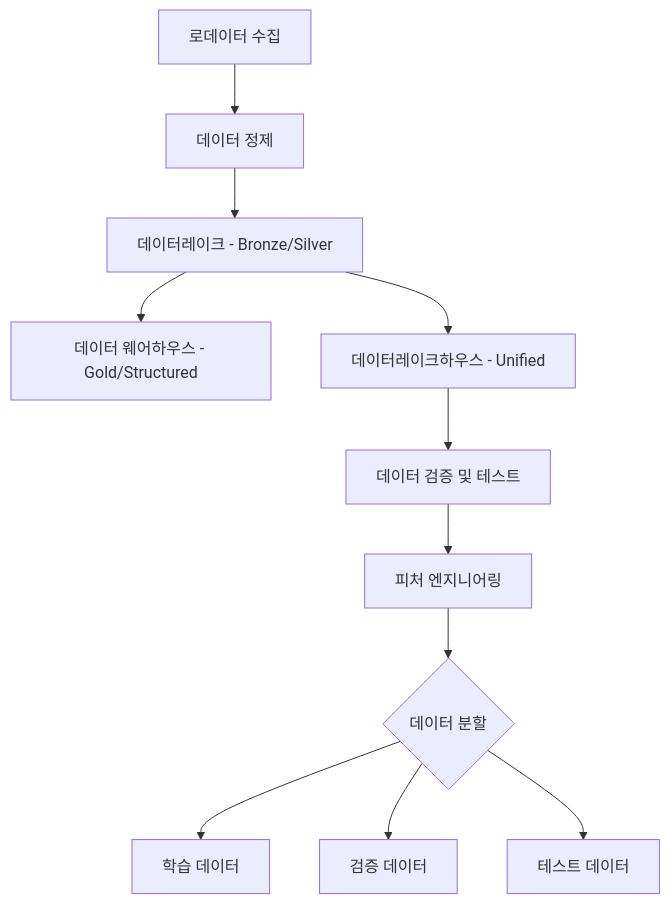
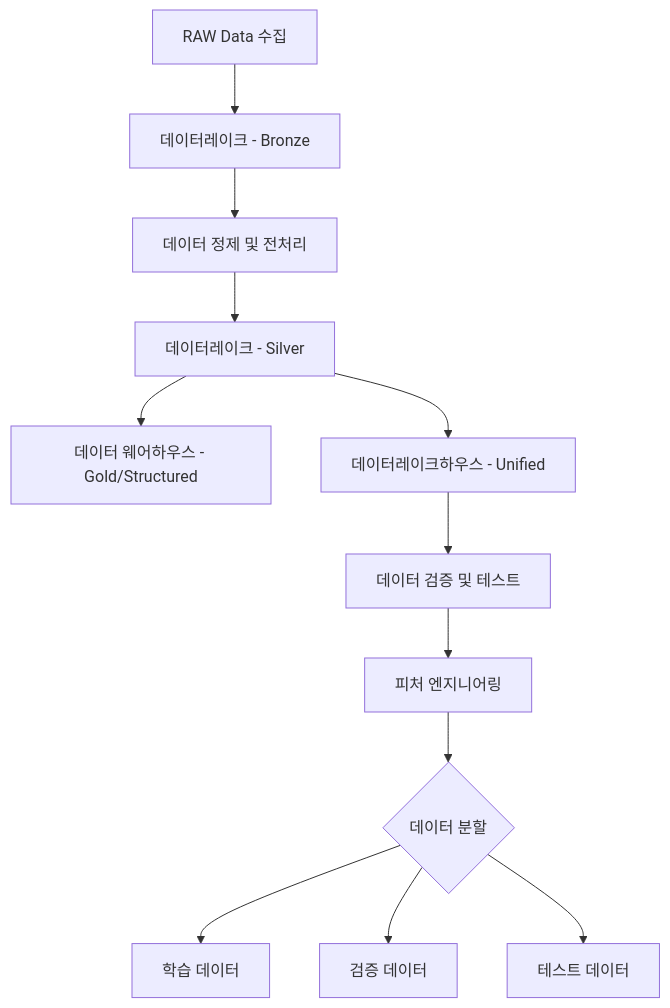
Before and after one commit to libreleee/Webinar-AI-ROI: the diagram in mlops.md, drawn with Mermaid. The commit also changed other lines of this file, not shown here.

````diff
--- a/mlops.md
+++ b/mlops.md
@@ -9,13 +9,14 @@
 ```mermaid
 graph TD
-    A[로데이터 수집] --> B[데이터 정제]
-    B --> C[데이터레이크 - Bronze/Silver]
-    C --> D[데이터 웨어하우스 - Gold/Structured]
-    C --> E[데이터레이크하우스 - Unified]
-    E --> F[데이터 검증 및 테스트]
-    F --> G[피처 엔지니어링]
-    G --> H{데이터 분할}
-    H --> I[학습 데이터]
-    H --> J[검증 데이터]
-    H --> K[테스트 데이터]
+    A[RAW Data 수집] --> B[데이터레이크 - Bronze]
+    B --> C[데이터 정제 및 전처리]
+    C --> D[데이터레이크 - Silver]
+    D --> E[데이터 웨어하우스 - Gold/Structured]
+    D --> F[데이터레이크하우스 - Unified]
+    F --> G[데이터 검증 및 테스트]
+    G --> H[피처 엔지니어링]
+    H --> I{데이터 분할}
+    I --> J[학습 데이터]
+    I --> K[검증 데이터]
+    I --> L[테스트 데이터]
 ```
````
